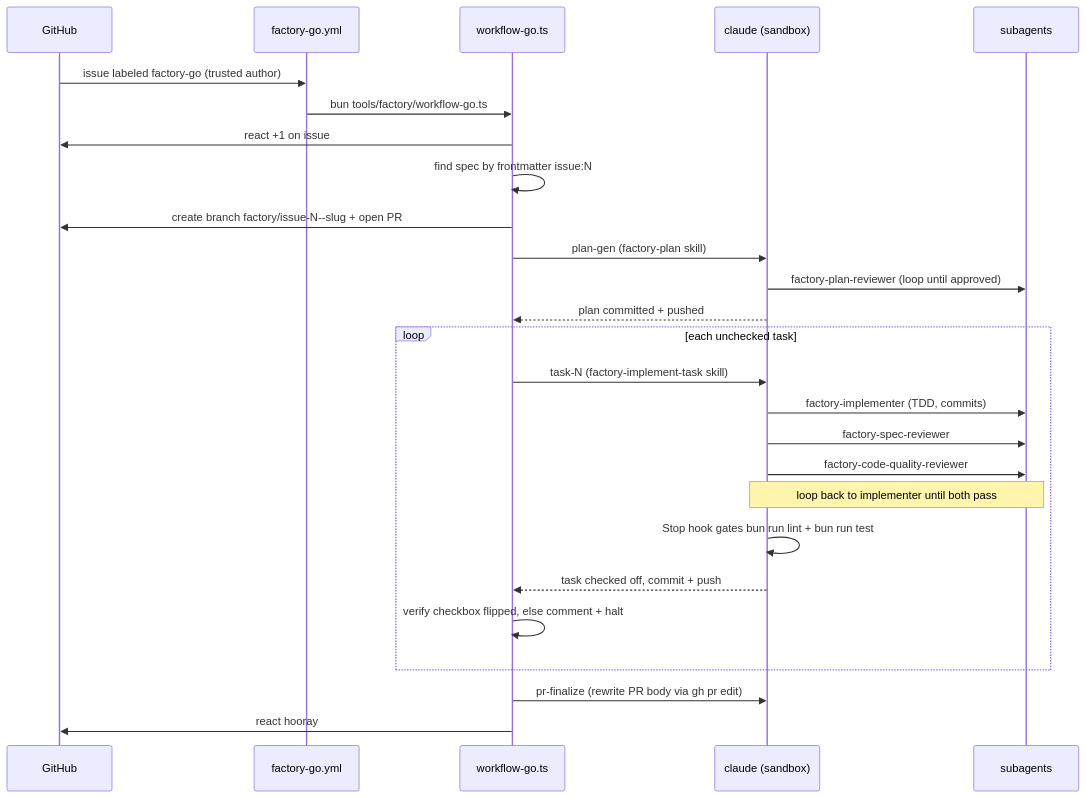
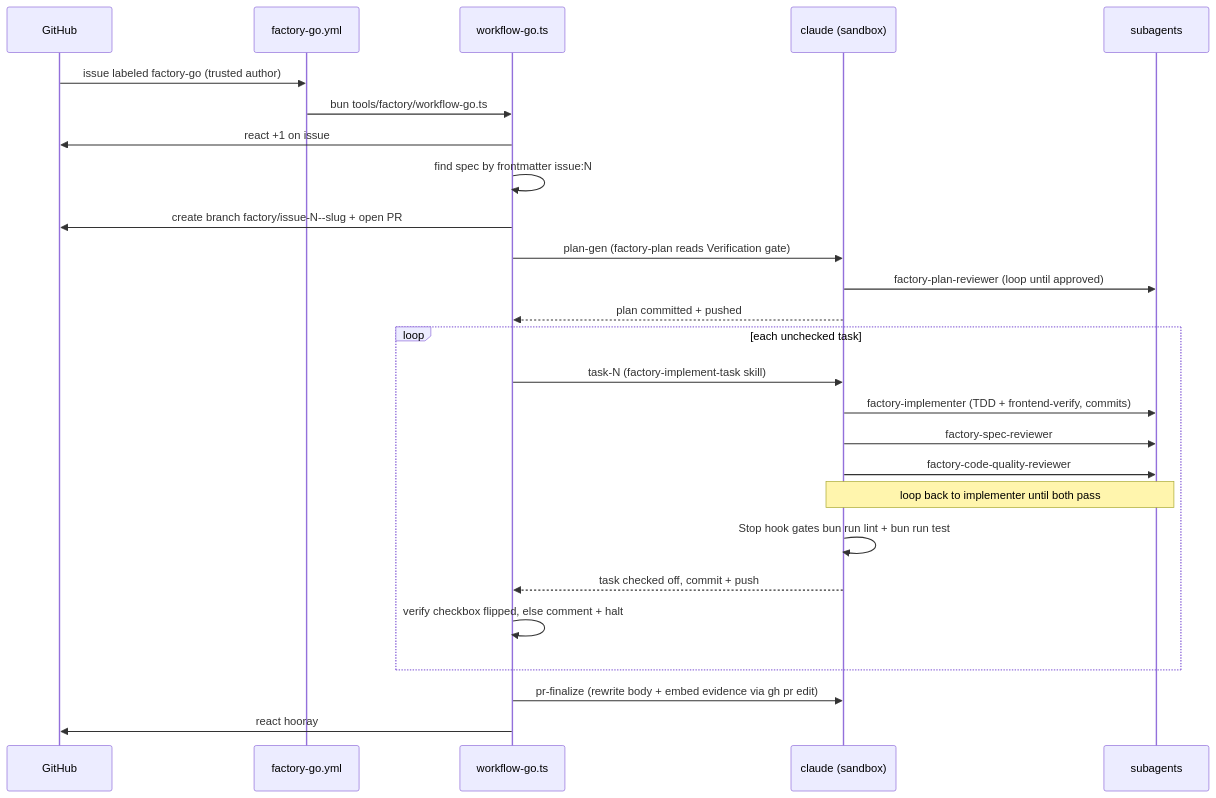
One commit to jost-kuenzel/claude-workshop changed the second of 2 diagrams in docs/factory/factory-process-guide.md. Above: the diagram before and after it, drawn with Mermaid. The commit also changed other lines of this file and 10 other files, not shown here.

First line of the commit message:
feat(factory): browser-verify frontend work + screenshot evidence in PR (#40)

````diff
--- a/docs/factory/factory-process-guide.md
+++ b/docs/factory/factory-process-guide.md
@@ -199,29 +258,29 @@
 ```mermaid
 sequenceDiagram
     participant GH as GitHub
     participant WF as factory-go.yml
     participant ORCH as workflow-go.ts
     participant CLA as claude (sandbox)
     participant SUB as subagents
 
     GH->>WF: issue labeled factory-go (trusted author)
     WF->>ORCH: bun tools/factory/workflow-go.ts
     ORCH->>GH: react +1 on issue
     ORCH->>ORCH: find spec by frontmatter issue:N
     ORCH->>GH: create branch factory/issue-N--slug + open PR
-    ORCH->>CLA: plan-gen (factory-plan skill)
+    ORCH->>CLA: plan-gen (factory-plan reads Verification gate)
     CLA->>SUB: factory-plan-reviewer (loop until approved)
     CLA-->>ORCH: plan committed + pushed
     loop each unchecked task
         ORCH->>CLA: task-N (factory-implement-task skill)
-        CLA->>SUB: factory-implementer (TDD, commits)
+        CLA->>SUB: factory-implementer (TDD + frontend-verify, commits)
         CLA->>SUB: factory-spec-reviewer
         CLA->>SUB: factory-code-quality-reviewer
         Note over CLA,SUB: loop back to implementer until both pass
         CLA->>CLA: Stop hook gates bun run lint + bun run test
         CLA-->>ORCH: task checked off, commit + push
         ORCH->>ORCH: verify checkbox flipped, else comment + halt
     end
-    ORCH->>CLA: pr-finalize (rewrite PR body via gh pr edit)
+    ORCH->>CLA: pr-finalize (rewrite body + embed evidence via gh pr edit)
     ORCH->>GH: react hooray
 ```
````
